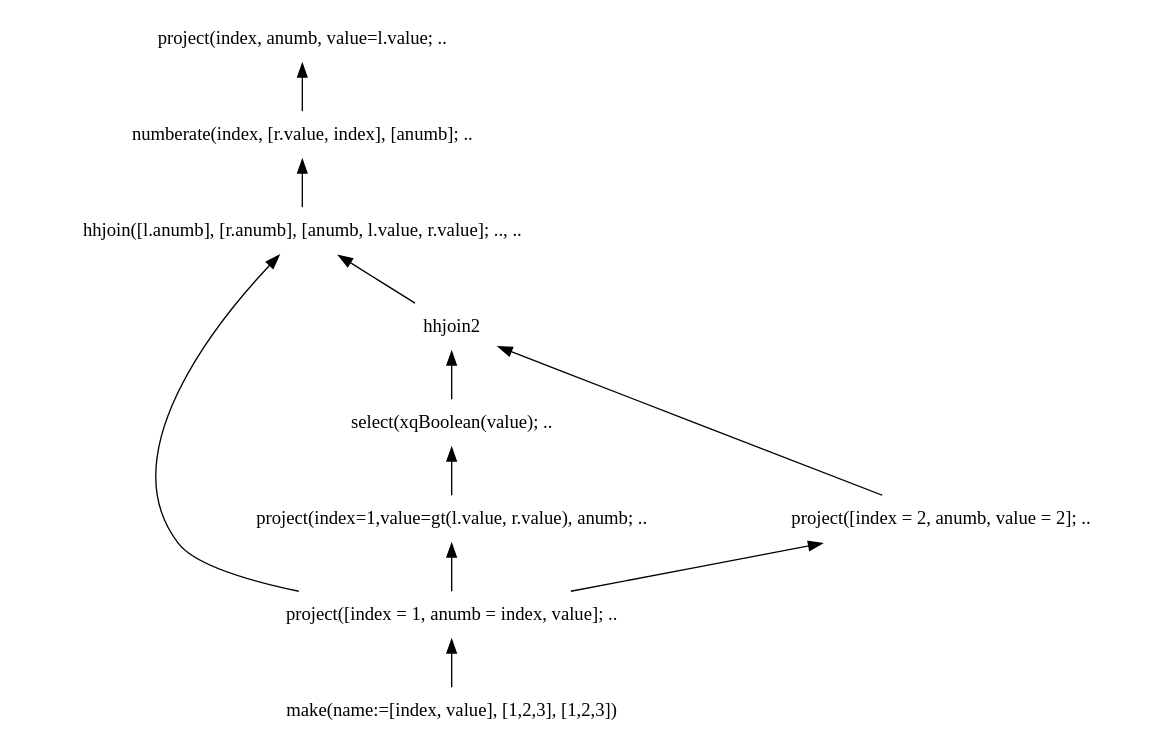
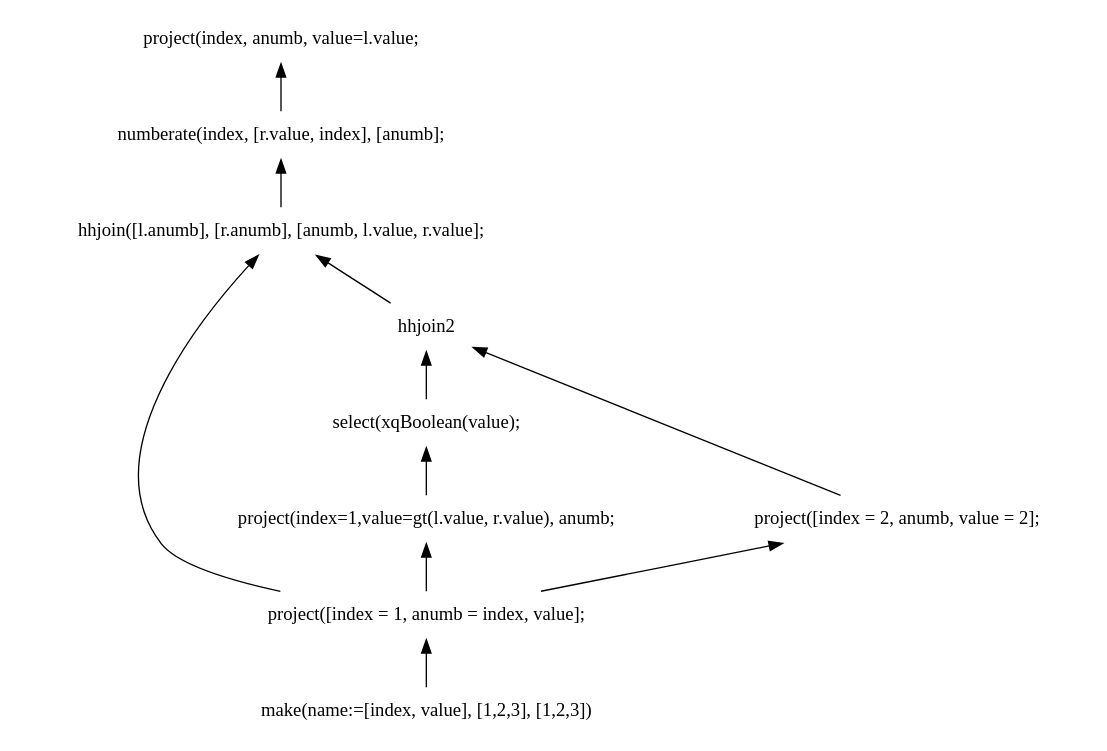
Before and after one commit to andrerav/xqft-parser: the diagram in doc/graph_src/ext_flwor_dag.dot, drawn with Graphviz. The commit also changed 18 other files, not shown here.

```diff
--- a/doc/graph_src/ext_flwor_dag.dot
+++ b/doc/graph_src/ext_flwor_dag.dot
@@ -1,44 +1,44 @@
 digraph AST {
 edge [color=black, dir=both, weight=1, fontcolor=black, fontname=Helvetica, arrowhead=none,arrowtail=normal]
 node [shape=plaintext]
 
 // DAGifying nodes
 project123->make123;
 make123 [label="make(name:=[index, value], [1,2,3], [1,2,3])"];
 //make2 [label="make(name:=[index, value],[1],[2])"];
-project123 [label="project([index = 1, anumb = index, value]; .."];
-//project2 [label="project([index = 2, anumb = index, value]; .."];
+project123 [label="project([index = 1, anumb = index, value];"];
+//project2 [label="project([index = 2, anumb = index, value];"];
 //project2->make2;
 
 
 // Ordinary nodes
-project1 [label="project(index, anumb, value=l.value; .."];
-numberate1 [label="numberate(index, [r.value, index], [anumb]; .."];
-hhjoin1 [label="hhjoin([l.anumb], [r.anumb], [anumb, l.value, r.value]; .., .."];
-//hhjoin2 [label="hhjoin([],[], [l.value, anumb]; .."];
+project1 [label="project(index, anumb, value=l.value;"];
+numberate1 [label="numberate(index, [r.value, index], [anumb];"];
+hhjoin1 [label="hhjoin([l.anumb], [r.anumb], [anumb, l.value, r.value];"];
+//hhjoin2 [label="hhjoin([],[], [l.value, anumb];"];
 
-select1 [label="select(xqBoolean(value); .."];
-project5 [label="project(index=1,value=gt(l.value, r.value), anumb; .."];
-//hhjoin4 [label=" hhjoin([], [], [l.value, r.value, anumb]; ..,.."];
+select1 [label="select(xqBoolean(value);"];
+project5 [label="project(index=1,value=gt(l.value, r.value), anumb;"];
+//hhjoin4 [label=" hhjoin([], [], [l.value, r.value, anumb];"];
 
-project_compact [label="project([index = 2, anumb, value = 2]; .."]
+project_compact [label="project([index = 2, anumb, value = 2];"]
 
 //union1 [label="union(; , ,"]
-//numberate2 [label="numberate(index,[sprIdx,index],[]; .."]
+//numberate2 [label="numberate(index,[sprIdx,index],[];"]
 
 project1->numberate1
   numberate1->hhjoin1
     hhjoin1->hhjoin2
       hhjoin2->select1
         select1->project5
           project5->project123
 
       //hhjoin2->numberate2
         //numberate2->union1
         hhjoin2->project_compact
            project_compact->project123
 //              project5->hhjoin4
 //                hhjoin4->project123
 //                hhjoin4->make2
     hhjoin1->project123
 }
```
